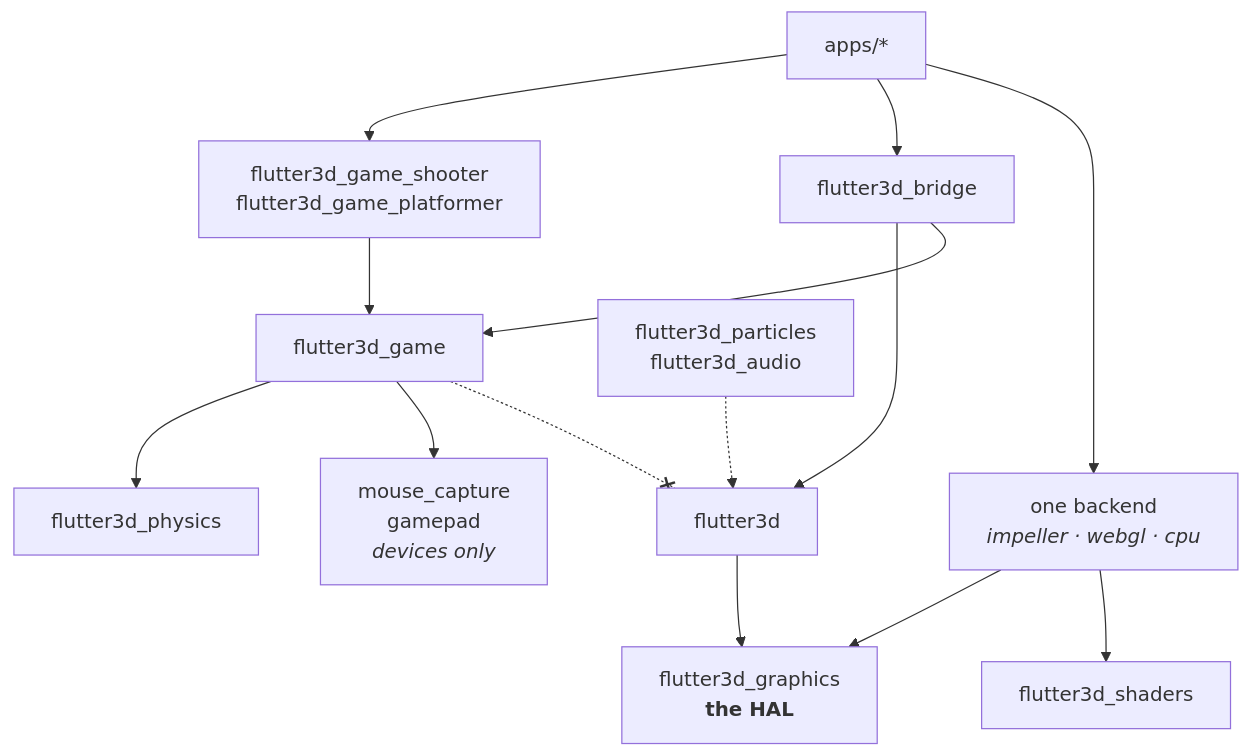
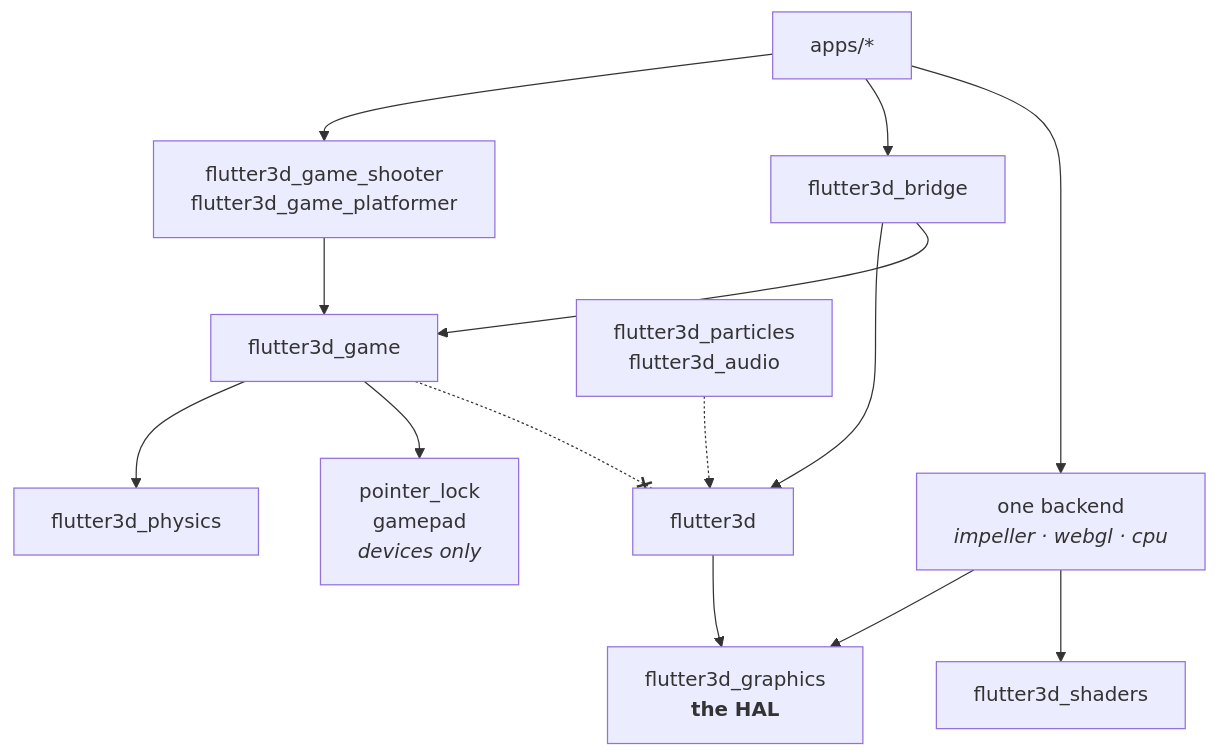
One commit to pleiondev/flutter3d changed the diagram in site/content/reference/packages.md. Above: the diagram before and after it, drawn with Mermaid. The commit also changed other lines of this file and 94 other files, not shown here.

````diff
--- a/site/content/reference/packages.md
+++ b/site/content/reference/packages.md
@@ -129,18 +129,18 @@
 ```mermaid
 flowchart TB
   apps["apps/*"] --> genres["flutter3d_game_shooter<br>flutter3d_game_platformer"]
   apps --> bridge["flutter3d_bridge"]
   apps --> backend["one backend<br><i>impeller · webgl · cpu</i>"]
   genres --> game["flutter3d_game"]
   bridge --> engine["flutter3d"]
   bridge --> game
   game --> physics["flutter3d_physics"]
   engine --> gfx["flutter3d_graphics<br><b>the HAL</b>"]
   backend --> gfx
   backend --> shaders["flutter3d_shaders"]
   extras["flutter3d_particles<br>flutter3d_audio"] -.-> engine
-  game --> devices["mouse_capture<br>gamepad<br><i>devices only</i>"]
+  game --> devices["pointer_lock<br>gamepad<br><i>devices only</i>"]
 
   classDef forbidden stroke-dasharray: 4 3
   game -.-x engine
 ```
````
